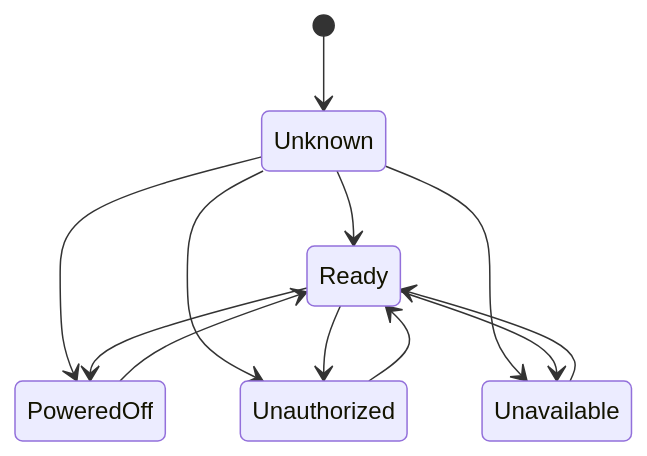
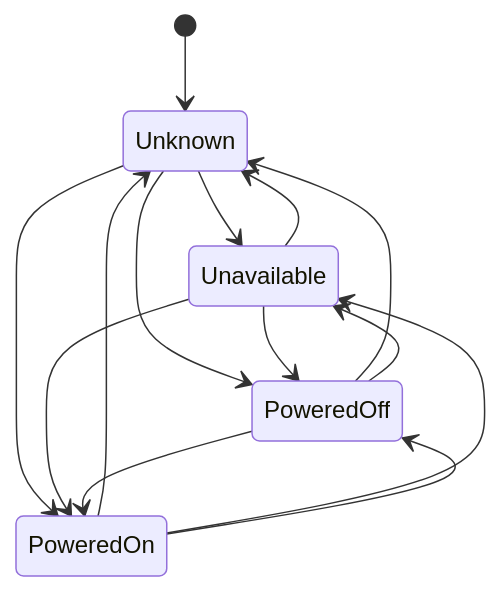
The second of 9 diagrams in .plan/PLAN.md (VIDLG/blengine), drawn with Mermaid before and after one commit. The commit also changed other lines of this file and 142 other files, not shown here.

````diff
--- a/.plan/PLAN.md
+++ b/.plan/PLAN.md
@@ -1437,14 +1421,16 @@
 ```mermaid
 stateDiagram-v2
     [*] --> Unknown
-    Unknown --> Ready
+    Unknown --> Unavailable
     Unknown --> PoweredOff
-    Unknown --> Unauthorized
-    Unknown --> Unavailable
-    Ready --> PoweredOff
-    Ready --> Unauthorized
-    Ready --> Unavailable
-    PoweredOff --> Ready
-    Unauthorized --> Ready
-    Unavailable --> Ready
+    Unknown --> PoweredOn
+    Unavailable --> Unknown
+    Unavailable --> PoweredOff
+    Unavailable --> PoweredOn
+    PoweredOff --> Unknown
+    PoweredOff --> Unavailable
+    PoweredOff --> PoweredOn
+    PoweredOn --> Unknown
+    PoweredOn --> Unavailable
+    PoweredOn --> PoweredOff
 ```
````
